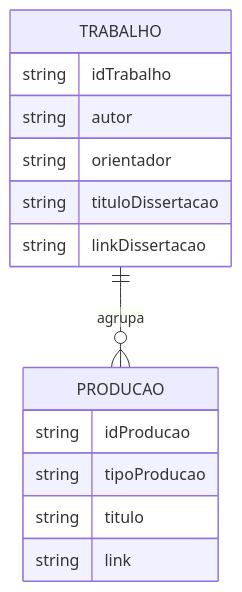
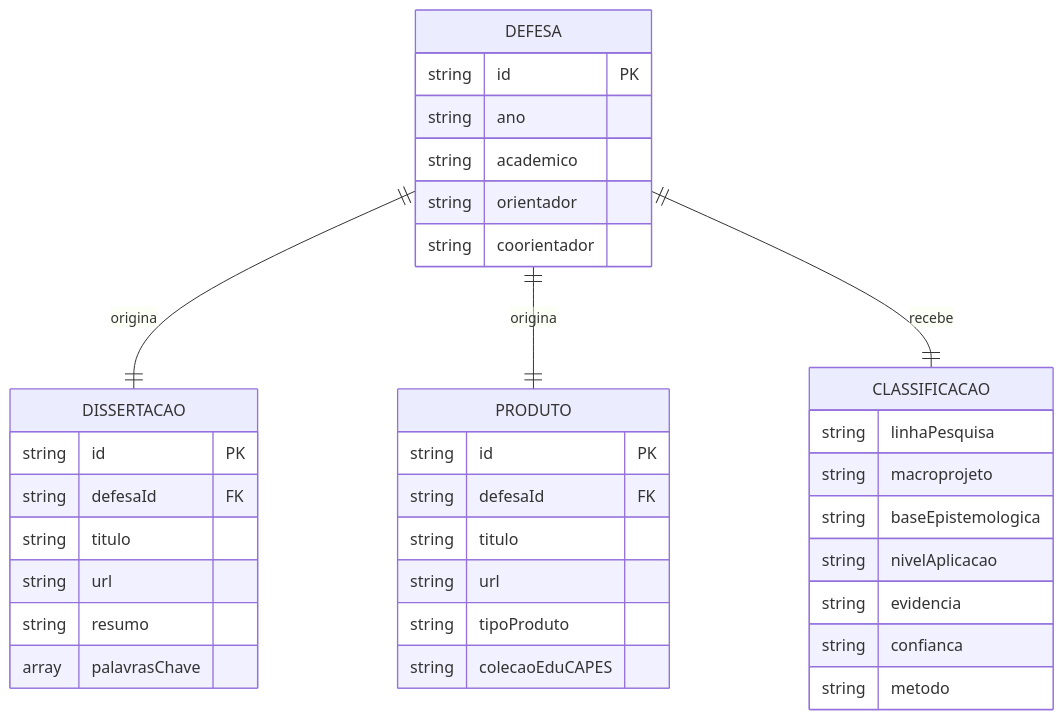
Before and after one commit to regi-lpf/lemeept: the fourth of 5 diagrams in DIAGRAMAS.md, drawn with Mermaid. The commit also changed other lines of this file and 15 other files, not shown here.

````diff
--- a/DIAGRAMAS.md
+++ b/DIAGRAMAS.md
@@ -82,17 +54,38 @@
 ```mermaid
 erDiagram
-    TRABALHO ||--o{ PRODUCAO : agrupa
-    TRABALHO {
-        string idTrabalho
-        string autor
+    DEFESA ||--|| DISSERTACAO : origina
+    DEFESA ||--|| PRODUTO : origina
+    DEFESA ||--|| CLASSIFICACAO : recebe
+    DEFESA {
+        string id PK
+        string ano
+        string academico
         string orientador
-        string tituloDissertacao
-        string linkDissertacao
+        string coorientador
     }
-    PRODUCAO {
-        string idProducao
-        string tipoProducao
+    DISSERTACAO {
+        string id PK
+        string defesaId FK
         string titulo
-        string link
+        string url
+        string resumo
+        array palavrasChave
+    }
+    PRODUTO {
+        string id PK
+        string defesaId FK
+        string titulo
+        string url
+        string tipoProduto
+        string colecaoEduCAPES
+    }
+    CLASSIFICACAO {
+        string linhaPesquisa
+        string macroprojeto
+        string baseEpistemologica
+        string nivelAplicacao
+        string evidencia
+        string confianca
+        string metodo
     }
 ```
````
